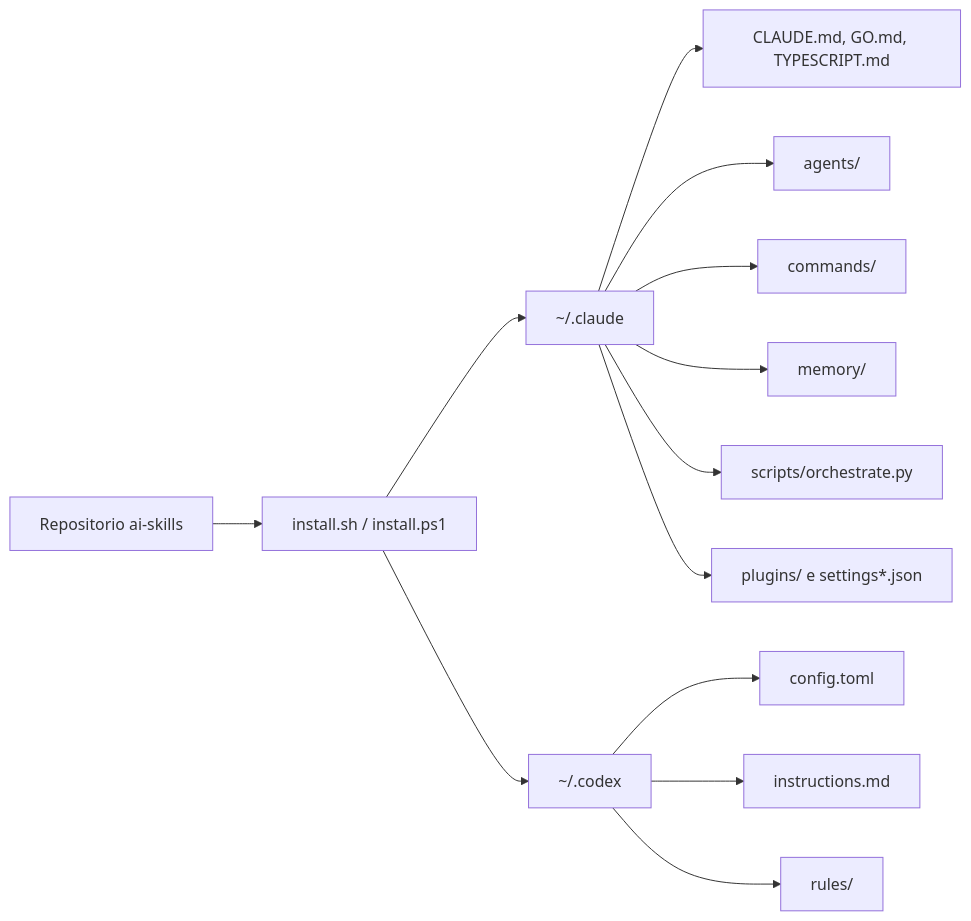
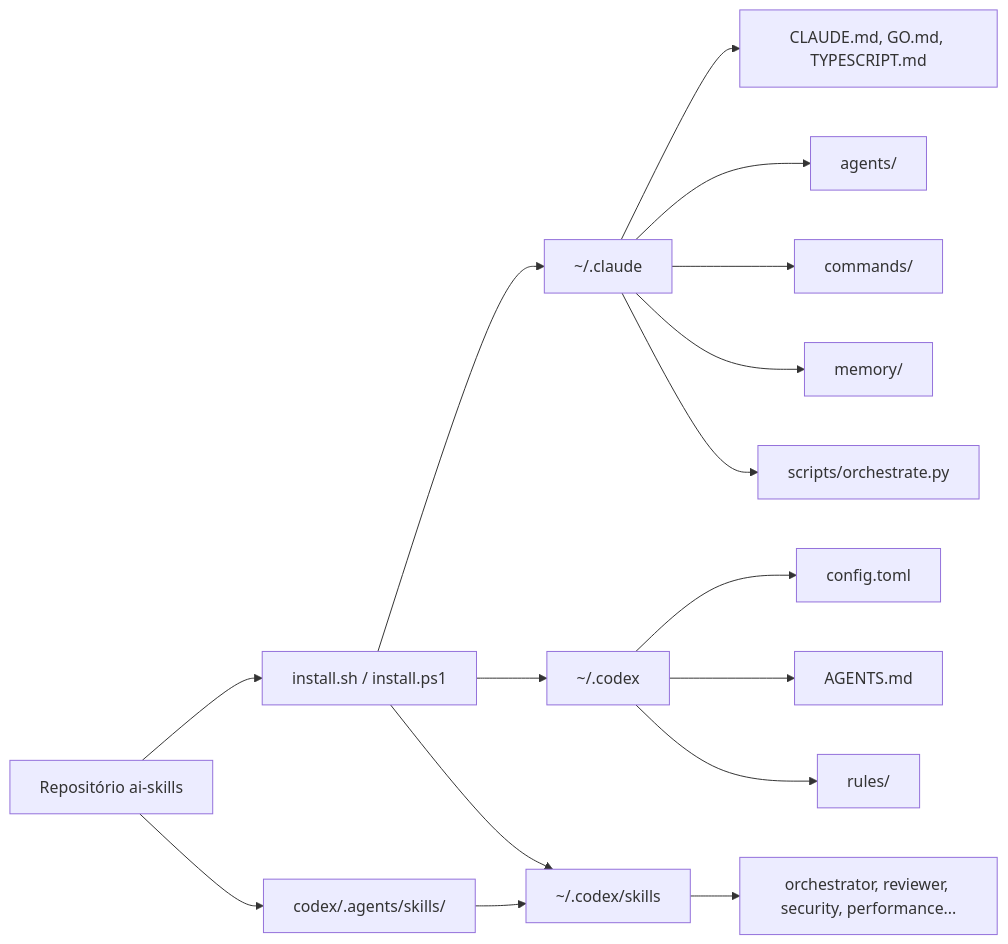
Before and after one commit to vinnedev/ai-skills: the first of 2 diagrams in README.md, drawn with Mermaid. The commit also changed other lines of this file and 15 other files, not shown here.

First line of the commit message:
feat: add performance and security auditing skills

````diff
--- a/README.md
+++ b/README.md
@@ -25,17 +33,19 @@
 ```mermaid
 flowchart LR
-    Repo["Repositorio ai-skills"] --> Install["install.sh / install.ps1"]
+    Repo["Repositório ai-skills"] --> Install["install.sh / install.ps1"]
+  Repo --> CodexSource["codex/.agents/skills/"]
     Install --> ClaudeHome["~/.claude"]
     Install --> CodexHome["~/.codex"]
+    Install --> SkillsHome["~/.codex/skills"]
 
     ClaudeHome --> ClaudeCore["CLAUDE.md, GO.md, TYPESCRIPT.md"]
     ClaudeHome --> ClaudeAgents["agents/"]
     ClaudeHome --> ClaudeCommands["commands/"]
     ClaudeHome --> ClaudeMemory["memory/"]
     ClaudeHome --> ClaudeScripts["scripts/orchestrate.py"]
-    ClaudeHome --> ClaudePlugins["plugins/ e settings*.json"]
-
     CodexHome --> CodexConfig["config.toml"]
-    CodexHome --> CodexInstructions["instructions.md"]
+    CodexHome --> CodexAgents["AGENTS.md"]
     CodexHome --> CodexRules["rules/"]
+    CodexSource --> SkillsHome
+    SkillsHome --> CodexInstalledSkills["orchestrator, reviewer, security, performance..."]
 ```
````
